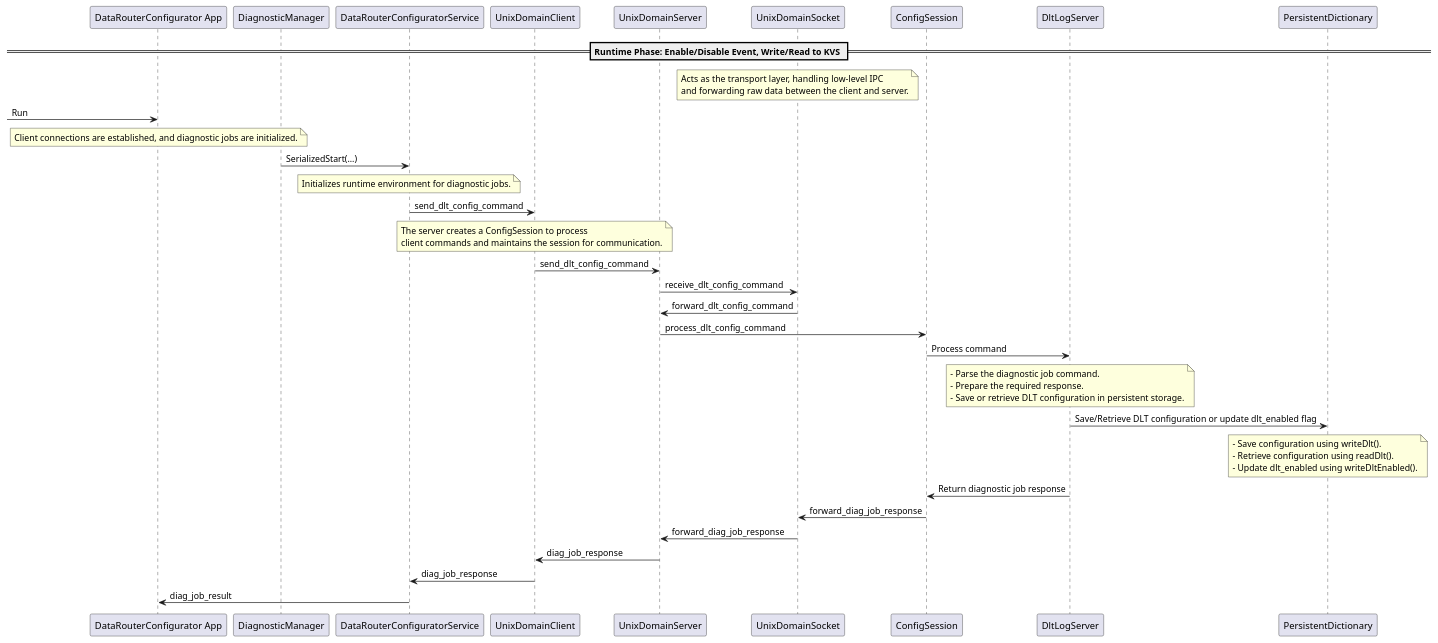
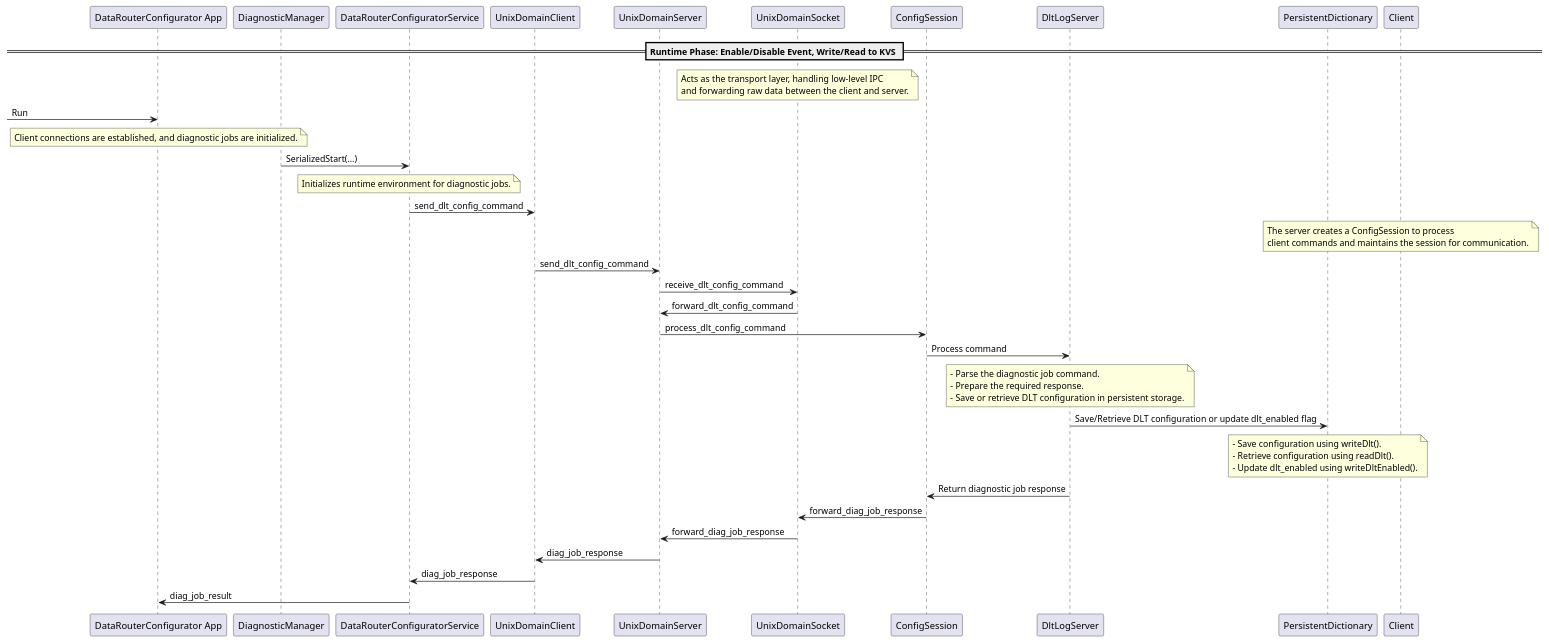
The diagram in score/datarouter/doc/design/uml/seq_kvs_threads_sequence_diagram.puml (eclipse-score/logging), drawn with PlantUML before and after one commit. The commit also changed 8 other files, not shown here.

First line of the commit message:
build(datarouter): add architectural design target

```diff
--- a/score/datarouter/doc/design/uml/seq_kvs_threads_sequence_diagram.puml
+++ b/score/datarouter/doc/design/uml/seq_kvs_threads_sequence_diagram.puml
@@ -14,70 +14,70 @@
 @startuml kvs_threads_sequence_diagram
 
 participant "DataRouterConfigurator App" as DRConf
 participant "DiagnosticManager" as DiagM
 participant "DataRouterConfiguratorService" as DRConfService
-participant "UnixDomainClient" as Client
-participant "UnixDomainServer" as Server
+participant "UnixDomainClient" as UDC
+participant "UnixDomainServer" as UDS
 participant "UnixDomainSocket" as Socket
 participant "ConfigSession" as ConfigSession
 participant "DltLogServer" as DLTS
 participant "PersistentDictionary" as PD
 
 == Runtime Phase: Enable/Disable Event, Write/Read to KVS ==
 note over Socket
   Acts as the transport layer, handling low-level IPC
   and forwarding raw data between the client and server.
 end note
 
 -> DRConf: Run
 note over DRConf
   Client connections are established, and diagnostic jobs are initialized.
 end note
 
 DiagM -> DRConfService: SerializedStart(...)
 note over DRConfService
   Initializes runtime environment for diagnostic jobs.
 end note
 
-DRConfService -> Client: send_dlt_config_command
+DRConfService -> UDC: send_dlt_config_command
 note over Client
   The server creates a ConfigSession to process
   client commands and maintains the session for communication.
 end note
 
-Client -> Server: send_dlt_config_command
-Server -> Socket: receive_dlt_config_command
-Socket -> Server: forward_dlt_config_command
-Server -> ConfigSession: process_dlt_config_command
+UDC -> UDS: send_dlt_config_command
+UDS -> Socket: receive_dlt_config_command
+Socket -> UDS: forward_dlt_config_command
+UDS -> ConfigSession: process_dlt_config_command
 
 ConfigSession -> DLTS: Process command
 note over DLTS
 - Parse the diagnostic job command.
 - Prepare the required response.
 - Save or retrieve DLT configuration in persistent storage.
 end note
 
 DLTS -> PD: Save/Retrieve DLT configuration or update dlt_enabled flag
 note over PD
 - Save configuration using writeDlt().
 - Retrieve configuration using readDlt().
 - Update dlt_enabled using writeDltEnabled().
 end note
 
 DLTS -> ConfigSession: Return diagnostic job response
 ConfigSession -> Socket: forward_diag_job_response
-Socket -> Server: forward_diag_job_response
-Server -> Client: diag_job_response
+Socket -> UDS: forward_diag_job_response
+UDS -> UDC: diag_job_response
 
-Client -> DRConfService: diag_job_response
+UDC -> DRConfService: diag_job_response
 DRConfService -> DRConf: diag_job_result
 
 deactivate DRConf
 deactivate DRConfService
-deactivate Server
+deactivate UDS
 deactivate Socket
 deactivate ConfigSession
 deactivate DLTS
 deactivate PD
 
 @enduml
```
